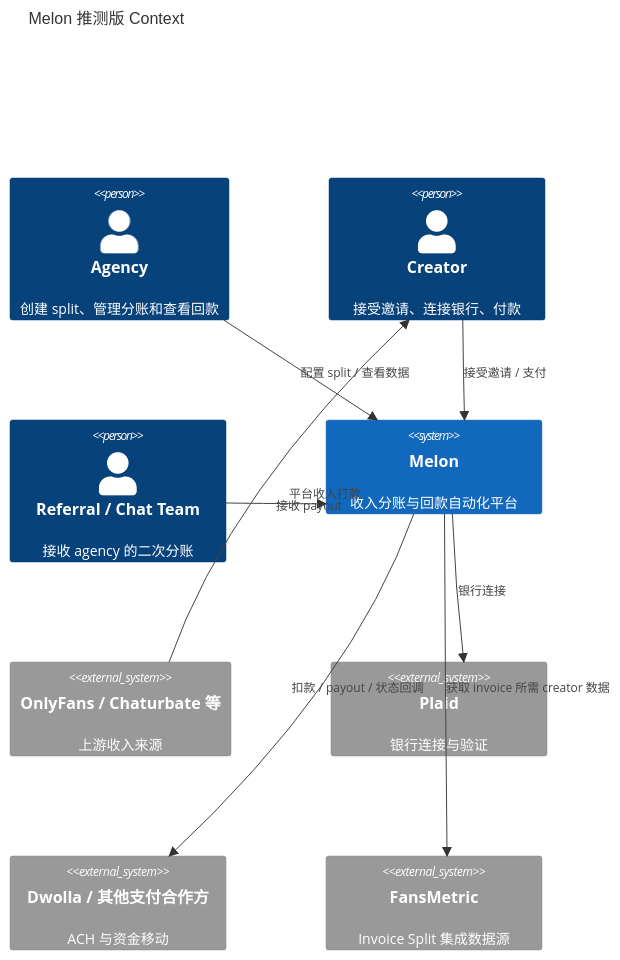
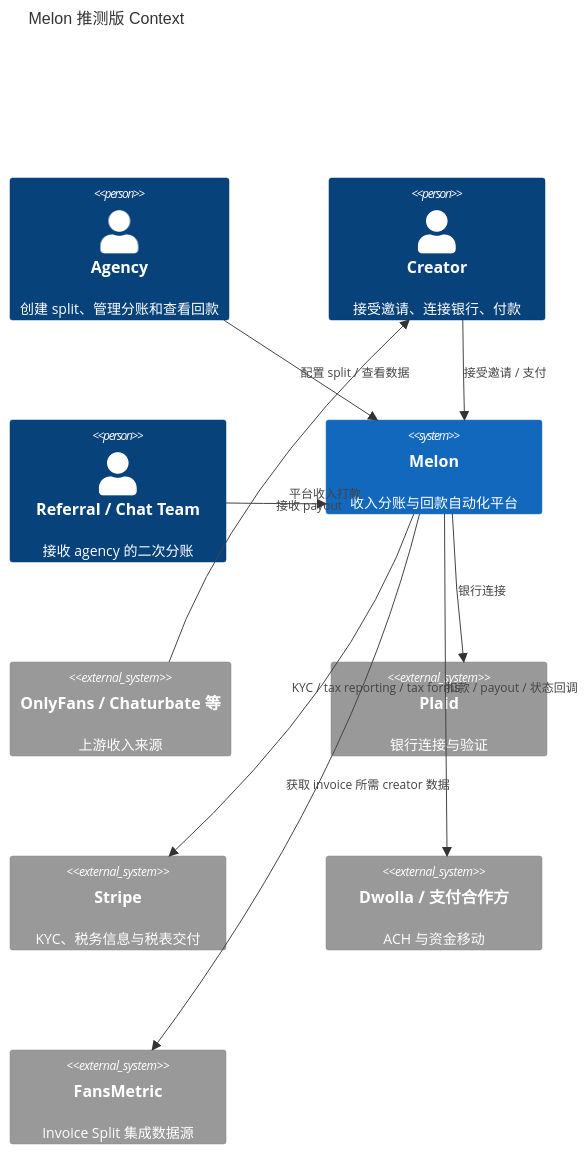
The third of 4 diagrams in reports/melon/01-product-understanding.md (ryan-alexander-zhang/ryan-copilot), drawn with Mermaid before and after one commit. The commit also changed other lines of this file and 3 other files, not shown here.

````diff
--- a/reports/melon/01-product-understanding.md
+++ b/reports/melon/01-product-understanding.md
@@ -209,20 +238,22 @@
 ```mermaid
 C4Context
 title Melon 推测版 Context
 Person(agency, "Agency", "创建 split、管理分账和查看回款")
 Person(creator, "Creator", "接受邀请、连接银行、付款")
 Person(partner, "Referral / Chat Team", "接收 agency 的二次分账")
 System(melon, "Melon", "收入分账与回款自动化平台")
 System_Ext(platform, "OnlyFans / Chaturbate 等", "上游收入来源")
 System_Ext(plaid, "Plaid", "银行连接与验证")
-System_Ext(payment, "Dwolla / 其他支付合作方", "ACH 与资金移动")
+System_Ext(stripe, "Stripe", "KYC、税务信息与税表交付")
+System_Ext(payment, "Dwolla / 支付合作方", "ACH 与资金移动")
 System_Ext(fansmetric, "FansMetric", "Invoice Split 集成数据源")
 
 Rel(agency, melon, "配置 split / 查看数据")
 Rel(creator, melon, "接受邀请 / 支付")
 Rel(partner, melon, "接收 payout")
 Rel(platform, creator, "平台收入打款")
 Rel(melon, plaid, "银行连接")
+Rel(melon, stripe, "KYC / tax reporting / tax forms")
 Rel(melon, payment, "扣款 / payout / 状态回调")
 Rel(melon, fansmetric, "获取 invoice 所需 creator 数据")
 ```
````
